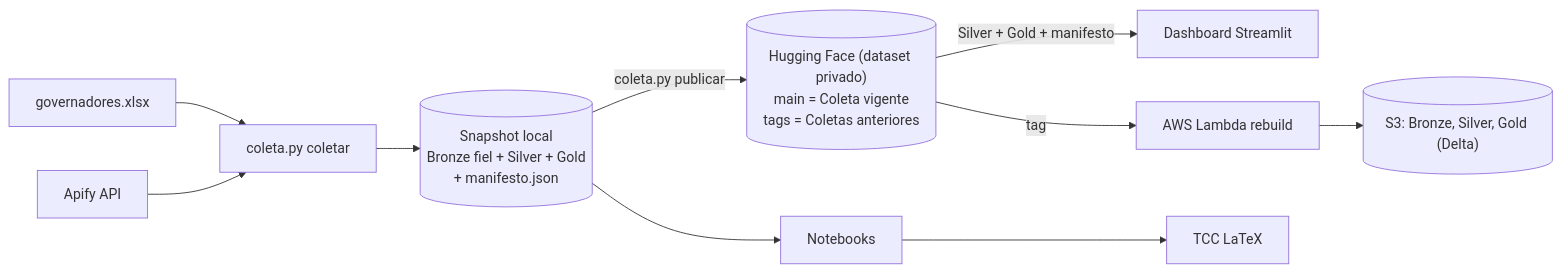
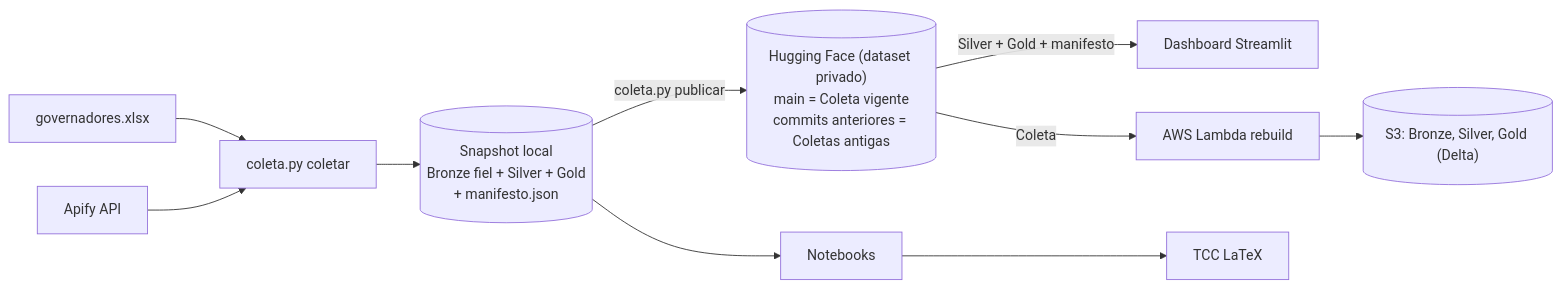
Before and after one commit to Vini0606/Tecnicas-de-Ciencia-de-Dados-em-dados-do-Instagram: the diagram in README.md, drawn with Mermaid. The commit also changed other lines of this file and 9 other files, not shown here.

First line of the commit message:
refactor(coleta): Coleta identificada pelo commit na main, tags so de uso

````diff
--- a/README.md
+++ b/README.md
@@ -189,12 +189,12 @@
 ```mermaid
 flowchart LR
     G[governadores.xlsx] --> C["coleta.py coletar"]
     A[Apify API] --> C
     C --> S[("Snapshot local<br/>Bronze fiel + Silver + Gold<br/>+ manifesto.json")]
-    S -->|"coleta.py publicar"| H[("Hugging Face (dataset privado)<br/>main = Coleta vigente<br/>tags = Coletas anteriores")]
+    S -->|"coleta.py publicar"| H[("Hugging Face (dataset privado)<br/>main = Coleta vigente<br/>commits anteriores = Coletas antigas")]
     H -->|"Silver + Gold + manifesto"| D[Dashboard Streamlit]
-    H -->|"tag"| R["AWS Lambda rebuild"]
+    H -->|"Coleta"| R["AWS Lambda rebuild"]
     R --> B[("S3: Bronze, Silver, Gold (Delta)")]
     S --> N[Notebooks]
     N --> T[TCC LaTeX]
 ```
````
